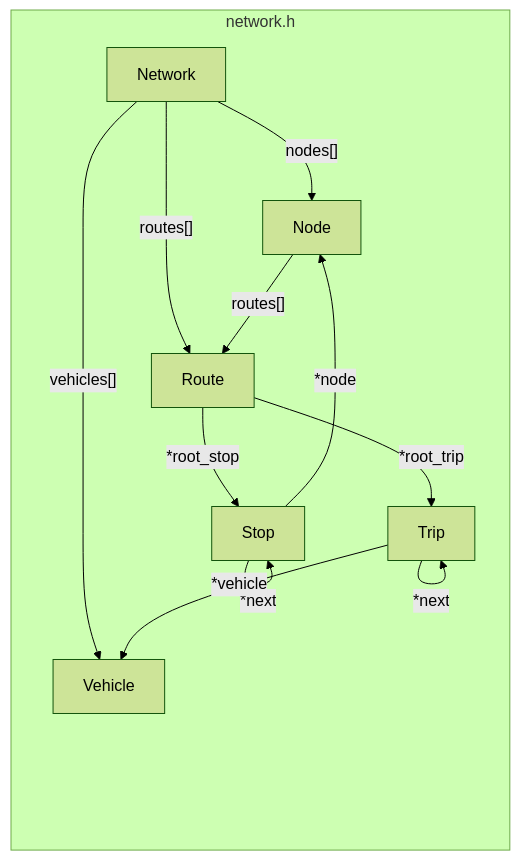
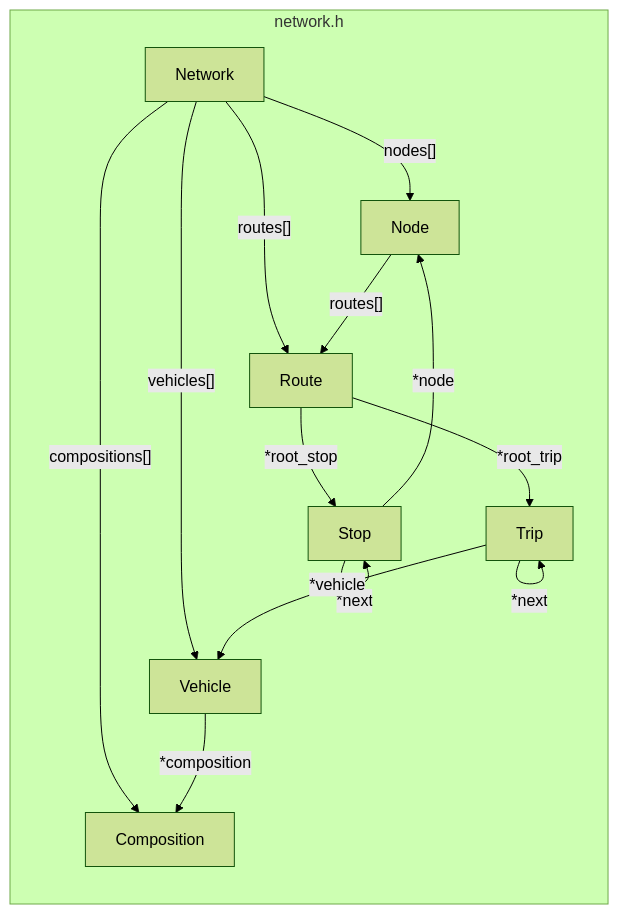
The second of 5 diagrams in README.md (maptic/osurs), drawn with Mermaid (forest theme) before and after one commit. The commit also changed 1 other file, not shown here.

````diff
--- a/README.md
+++ b/README.md
@@ -33,16 +33,18 @@
 ```mermaid
 graph LR;
   subgraph network.h;
     Network-->|"nodes[]"|Node;
     Network-->|"routes[]"|Route;
+    Network-->|"compositions[]"|Composition;
     Network-->|"vehicles[]"|Vehicle;
     Route-->|*root_stop|Stop;
     Stop-->|*last|Stop;
     Stop-->|*next|Stop;
     Route-->|*root_trip|Trip;
     Trip-->|*next|Trip;
     Node-->|"routes[]"|Route;
     Stop-->|*node|Node;
     Trip-->|*vehicle|Vehicle;
+    Vehicle-->|*composition|Composition;
   end;
 ```
````
